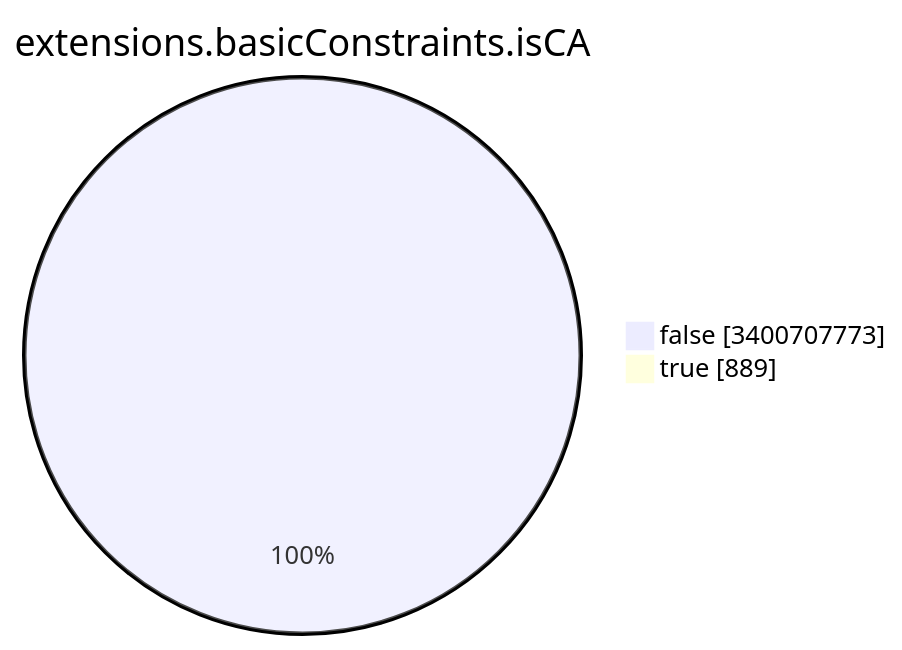
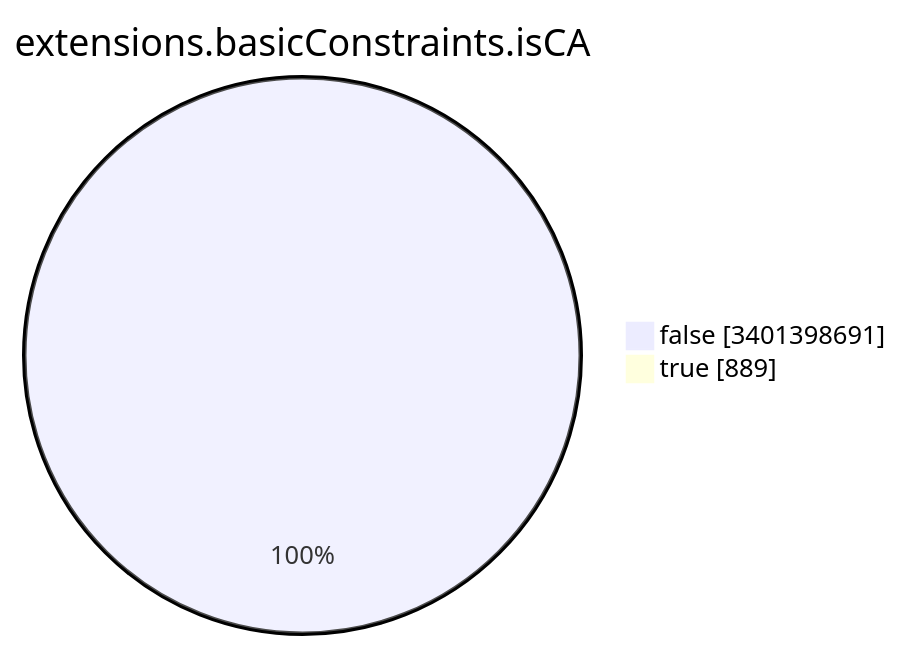
The seventh of 15 diagrams in TOTAL/README.md (christiankrug/ctmonitor_visualization), drawn with Mermaid before and after one commit. The commit also changed other lines of this file, not shown here.

````diff
--- a/TOTAL/README.md
+++ b/TOTAL/README.md
@@ -3091,6 +3091,6 @@
 ```mermaid
 pie showData
 title extensions.basicConstraints.isCA
-"false" :3400707773
+"false" :3401398691
 "true" :889
 ```
````
